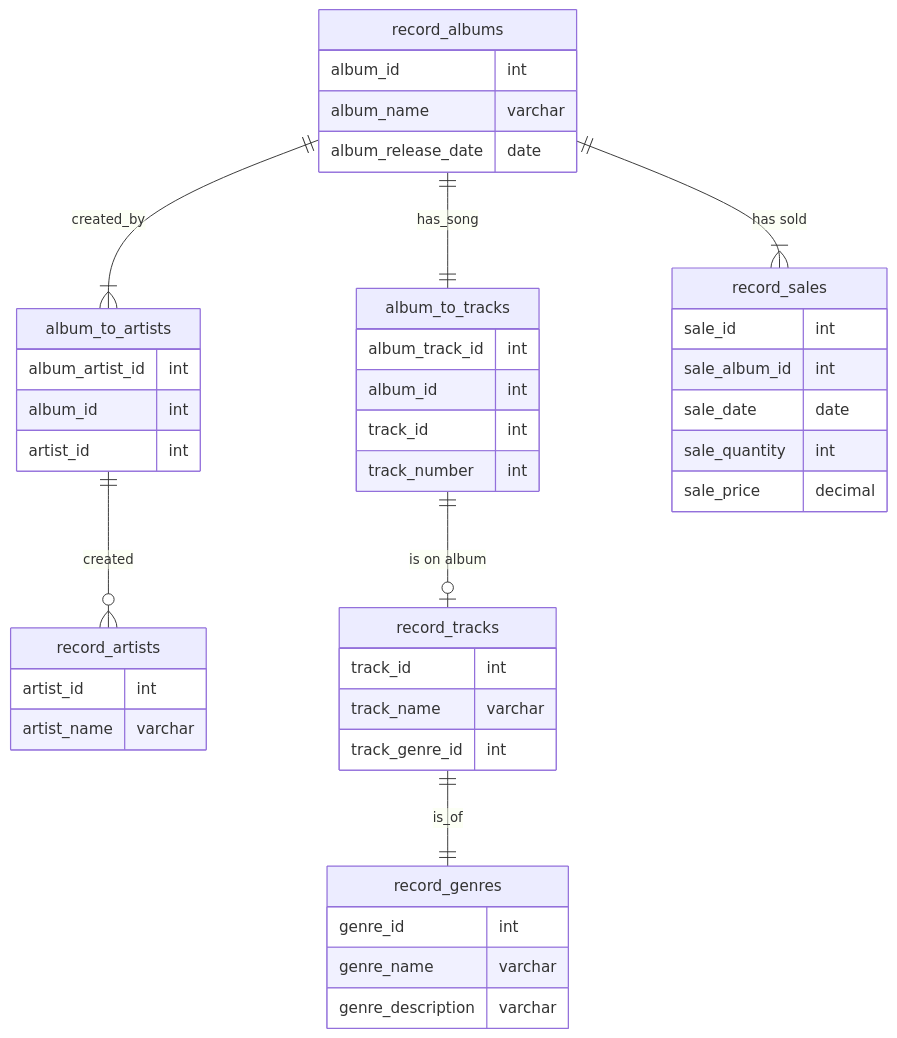
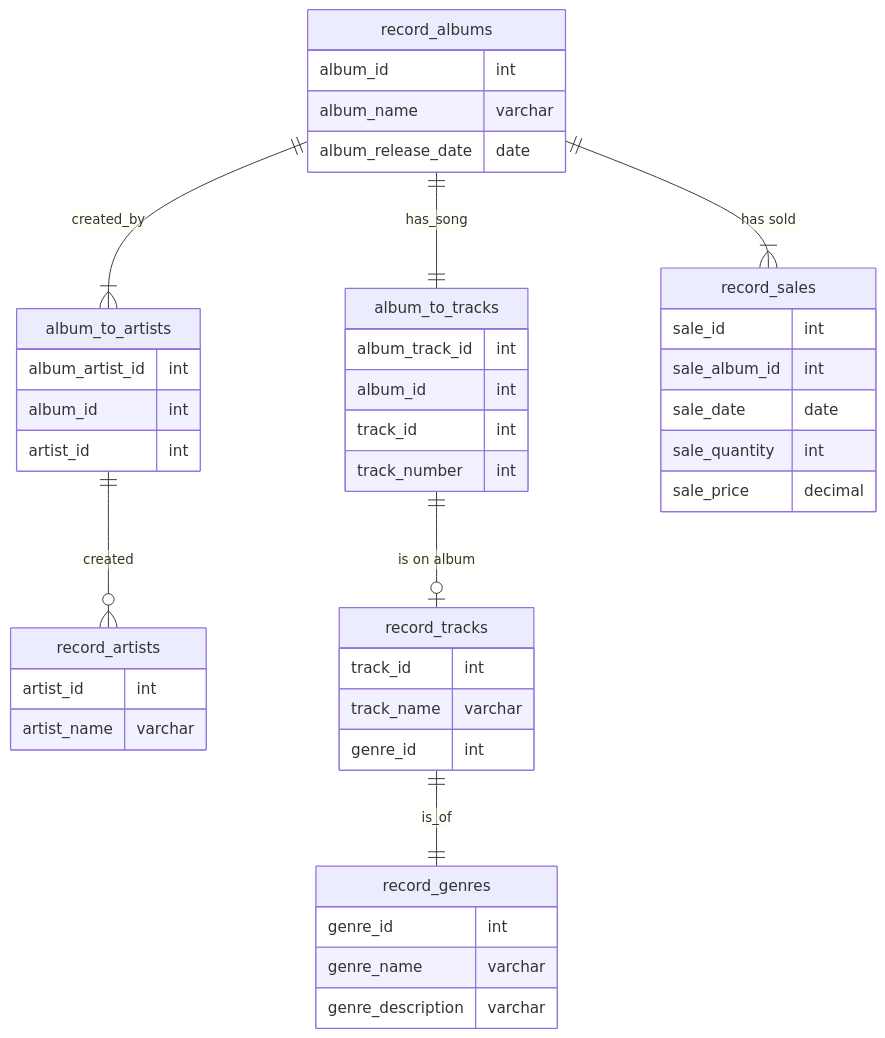
One commit to nmaiorana/CS-GY_6083_principles_of_database_systems changed the diagram in project/CS-GY6083_Project.md. Above: the diagram before and after it, drawn with Mermaid. The commit also changed other lines of this file and 2 other files, not shown here.

````diff
--- a/project/CS-GY6083_Project.md
+++ b/project/CS-GY6083_Project.md
@@ -72,48 +73,48 @@
 ```mermaid
 erDiagram
     record_albums {
         album_id int
         album_name varchar
         album_release_date date
     }
     record_artists {
         artist_id int
         artist_name varchar
     }
     record_tracks {
         track_id int
         track_name varchar
-        track_genre_id int
+        genre_id int
     }
     record_genres {
         genre_id int
         genre_name varchar
         genre_description varchar
     }
     album_to_artists {
         album_artist_id int
         album_id int
         artist_id int
     }
     album_to_tracks {
         album_track_id int
         album_id int
         track_id int
         track_number int
     }
     record_sales {
         sale_id int
         sale_album_id int
         sale_date date
         sale_quantity int
         sale_price decimal
     }
 
     record_albums ||--|{ album_to_artists : "created_by"
     album_to_artists ||--o{ record_artists : "created"
     record_albums ||--|| album_to_tracks : "has_song"
     album_to_tracks ||--o| record_tracks : "is on album"
     record_tracks ||--|| record_genres : "is_of"
     record_albums ||--|{ record_sales : "has sold"
 
 ```
````
